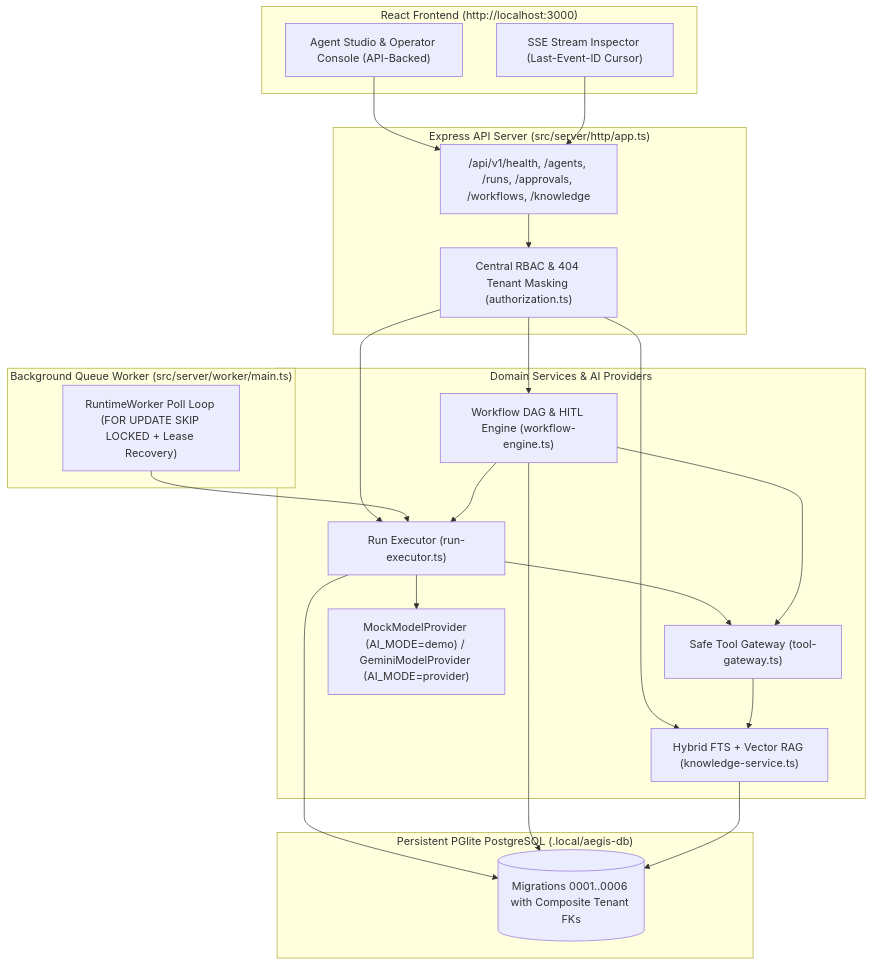
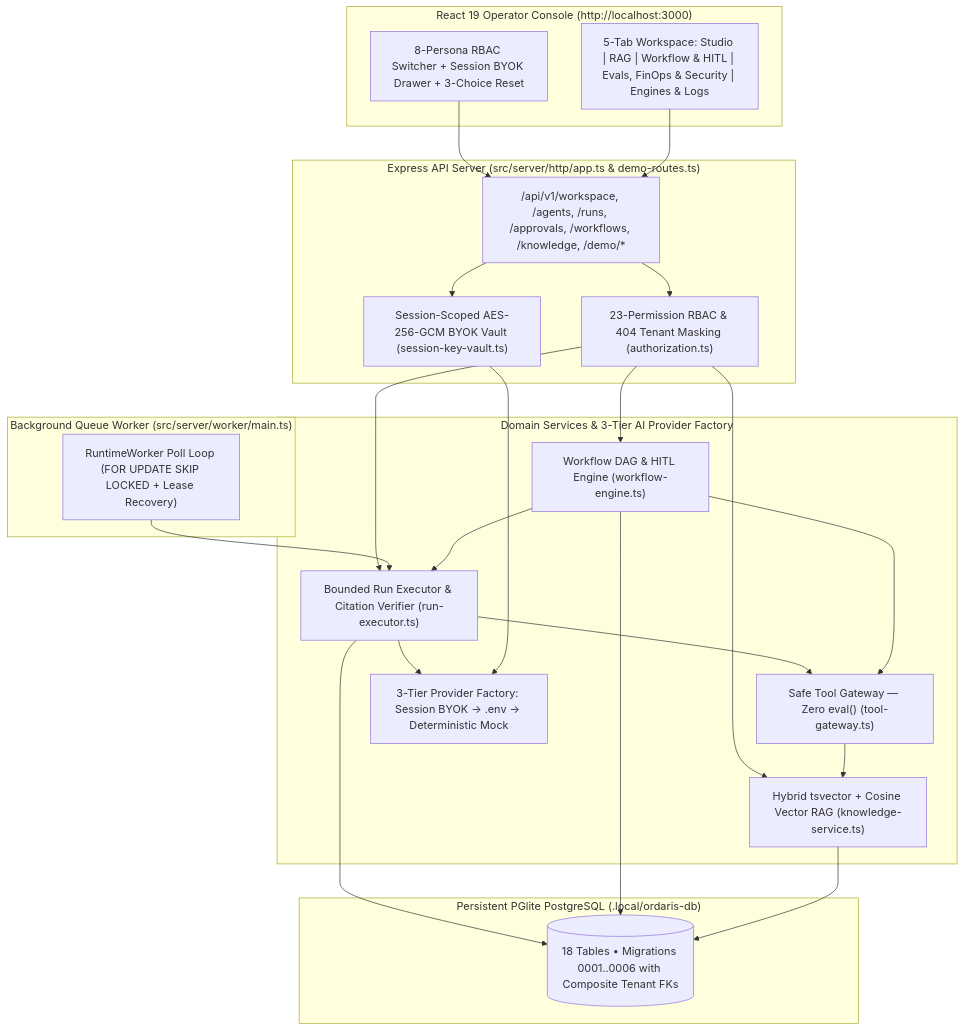
One commit to KratX/multi-ai-agent-orchestration changed the diagram in README.md. Above: the diagram before and after it, drawn with Mermaid. The commit also changed other lines of this file and 11 other files, not shown here.

````diff
--- a/README.md
+++ b/README.md
@@ -51,38 +69,39 @@
 ```mermaid
 flowchart TB
-  subgraph Browser["React Frontend (http://localhost:3000)"]
-    STUDIO["Agent Studio & Operator Console (API-Backed)"]
-    SSE["SSE Stream Inspector (Last-Event-ID Cursor)"]
+  subgraph Browser["React 19 Operator Console (http://localhost:3000)"]
+    HEADER["8-Persona RBAC Switcher + Session BYOK Drawer + 3-Choice Reset"]
+    TABS["5-Tab Workspace: Studio | RAG | Workflow & HITL | Evals, FinOps & Security | Engines & Logs"]
   end
 
-  subgraph Server["Express API Server (src/server/http/app.ts)"]
-    ROUTES["/api/v1/health, /agents, /runs, /approvals, /workflows, /knowledge"]
-    AUTHZ["Central RBAC & 404 Tenant Masking (authorization.ts)"]
+  subgraph Server["Express API Server (src/server/http/app.ts & demo-routes.ts)"]
+    ROUTES["/api/v1/workspace, /agents, /runs, /approvals, /workflows, /knowledge, /demo/*"]
+    AUTHZ["23-Permission RBAC & 404 Tenant Masking (authorization.ts)"]
+    VAULT["Session-Scoped AES-256-GCM BYOK Vault (session-key-vault.ts)"]
   end
 
   subgraph Worker["Background Queue Worker (src/server/worker/main.ts)"]
     LOOP["RuntimeWorker Poll Loop (FOR UPDATE SKIP LOCKED + Lease Recovery)"]
   end
 
-  subgraph Engines["Domain Services & AI Providers"]
-    RUN["Run Executor (run-executor.ts)"]
+  subgraph Engines["Domain Services & 3-Tier AI Provider Factory"]
+    RUN["Bounded Run Executor & Citation Verifier (run-executor.ts)"]
     WF["Workflow DAG & HITL Engine (workflow-engine.ts)"]
-    TG["Safe Tool Gateway (tool-gateway.ts)"]
-    RAG["Hybrid FTS + Vector RAG (knowledge-service.ts)"]
-    AI["MockModelProvider (AI_MODE=demo) / GeminiModelProvider (AI_MODE=provider)"]
+    TG["Safe Tool Gateway — Zero eval() (tool-gateway.ts)"]
+    RAG["Hybrid tsvector + Cosine Vector RAG (knowledge-service.ts)"]
+    AI["3-Tier Provider Factory: Session BYOK -> .env -> Deterministic Mock"]
   end
 
-  subgraph Storage["Persistent PGlite PostgreSQL (.local/aegis-db)"]
-    DB[("Migrations 0001..0006 with Composite Tenant FKs")]
+  subgraph Storage["Persistent PGlite PostgreSQL (.local/ordaris-db)"]
+    DB[("18 Tables • Migrations 0001..0006 with Composite Tenant FKs")]
   end
 
-  STUDIO --> ROUTES
-  SSE --> ROUTES
-  ROUTES --> AUTHZ
+  HEADER & TABS --> ROUTES
+  ROUTES --> AUTHZ & VAULT
   AUTHZ --> RUN & WF & RAG
   LOOP --> RUN
   RUN --> TG & AI & DB
+  VAULT --> AI
   WF --> RUN & TG & DB
   TG --> RAG
   RAG --> DB
 ```
````
